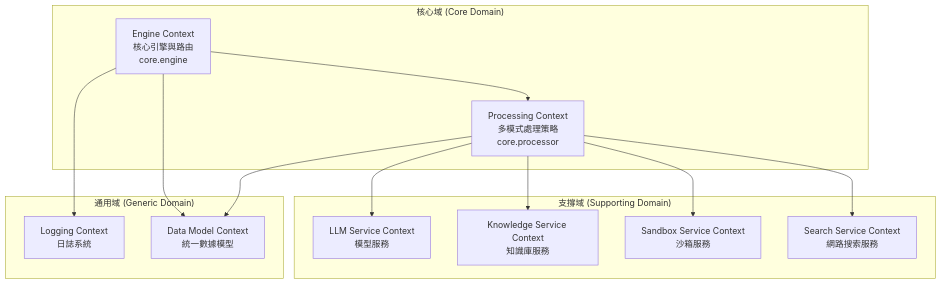
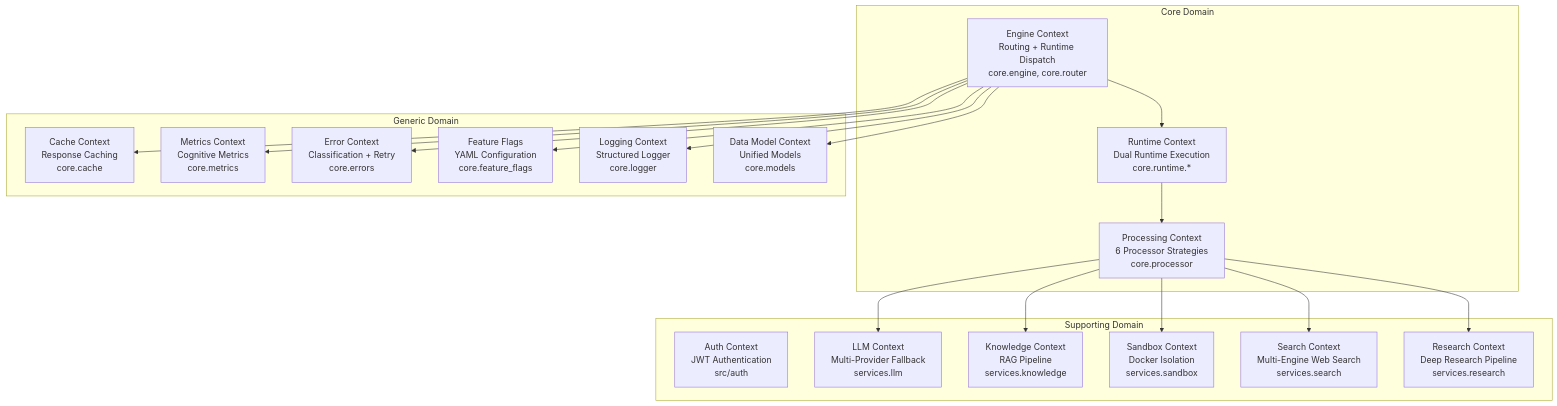
One commit to Zenobia000/openagent_backend changed the fourth of 6 diagrams in Architecture_Refactoring_Toolkit/project_docs/06_architecture_and_design_document.md. Above: the diagram before and after it, drawn with Mermaid. The commit also changed other lines of this file and 108 other files, not shown here.

````diff
--- a/Architecture_Refactoring_Toolkit/project_docs/06_architecture_and_design_document.md
+++ b/Architecture_Refactoring_Toolkit/project_docs/06_architecture_and_design_document.md
@@ -189,29 +235,41 @@
 ```mermaid
 graph TB
-    subgraph "核心域 (Core Domain)"
-        EngineCtx[Engine Context<br/>核心引擎與路由<br/>core.engine]
-        ProcessingCtx[Processing Context<br/>多模式處理策略<br/>core.processor]
+    subgraph "Core Domain"
+        EngineCtx[Engine Context<br/>Routing + Runtime Dispatch<br/>core.engine, core.router]
+        ProcessingCtx[Processing Context<br/>6 Processor Strategies<br/>core.processor]
+        RuntimeCtx[Runtime Context<br/>Dual Runtime Execution<br/>core.runtime.*]
     end
 
-    subgraph "支撐域 (Supporting Domain)"
-        LLMCtx[LLM Service Context<br/>模型服務]
-        KnowledgeCtx[Knowledge Service Context<br/>知識庫服務]
-        SandboxCtx[Sandbox Service Context<br/>沙箱服務]
-        SearchCtx[Search Service Context<br/>網路搜索服務]
+    subgraph "Supporting Domain"
+        AuthCtx[Auth Context<br/>JWT Authentication<br/>src/auth]
+        LLMCtx[LLM Context<br/>Multi-Provider Fallback<br/>services.llm]
+        KnowledgeCtx[Knowledge Context<br/>RAG Pipeline<br/>services.knowledge]
+        SandboxCtx[Sandbox Context<br/>Docker Isolation<br/>services.sandbox]
+        SearchCtx[Search Context<br/>Multi-Engine Web Search<br/>services.search]
+        ResearchCtx[Research Context<br/>Deep Research Pipeline<br/>services.research]
     end
 
-    subgraph "通用域 (Generic Domain)"
-        LoggingCtx[Logging Context<br/>日誌系統]
-        ModelCtx[Data Model Context<br/>統一數據模型]
+    subgraph "Generic Domain"
+        CacheCtx[Cache Context<br/>Response Caching<br/>core.cache]
+        MetricsCtx[Metrics Context<br/>Cognitive Metrics<br/>core.metrics]
+        ErrorCtx[Error Context<br/>Classification + Retry<br/>core.errors]
+        FlagsCtx[Feature Flags<br/>YAML Configuration<br/>core.feature_flags]
+        LogCtx[Logging Context<br/>Structured Logger<br/>core.logger]
+        ModelCtx[Data Model Context<br/>Unified Models<br/>core.models]
     end
 
-    EngineCtx --> ProcessingCtx
+    EngineCtx --> RuntimeCtx
+    RuntimeCtx --> ProcessingCtx
     ProcessingCtx --> LLMCtx
     ProcessingCtx --> KnowledgeCtx
     ProcessingCtx --> SandboxCtx
     ProcessingCtx --> SearchCtx
-    
-    EngineCtx --> LoggingCtx
+    ProcessingCtx --> ResearchCtx
+
+    EngineCtx --> CacheCtx
+    EngineCtx --> MetricsCtx
+    EngineCtx --> ErrorCtx
+    EngineCtx --> FlagsCtx
+    EngineCtx --> LogCtx
     EngineCtx --> ModelCtx
-    ProcessingCtx --> ModelCtx
 ```
````
